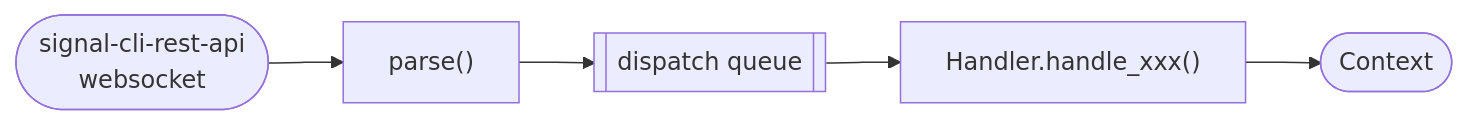
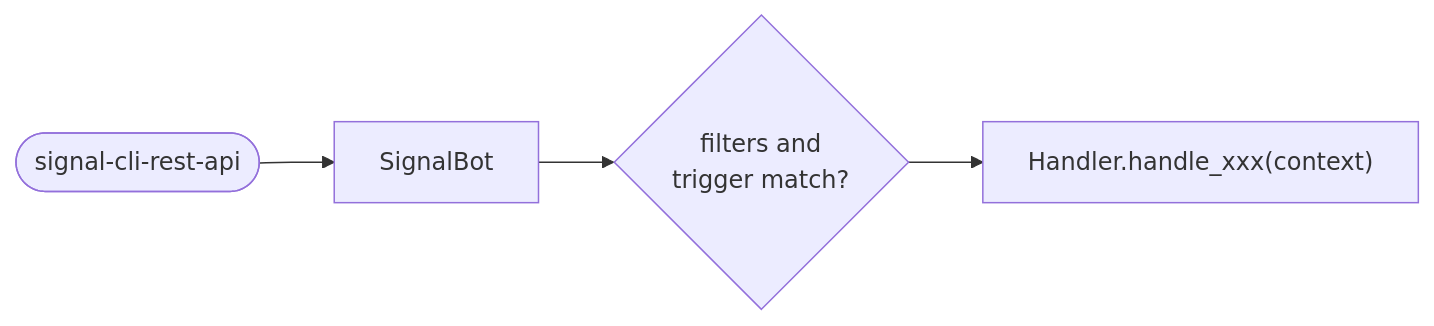
Before and after one commit to signalbot-org/signalbot: the first of 3 diagrams in docs/02_concepts.md, drawn with Mermaid. The commit also changed other lines of this file and 14 other files, not shown here.

````diff
--- a/docs/02_concepts.md
+++ b/docs/02_concepts.md
@@ -13,8 +15,7 @@
 ```mermaid
 %%{init: {"flowchart": {"useMaxWidth": false}}}%%
 flowchart LR
-    WS(["signal-cli-rest-api<br/>websocket"]) --> Parse["parse()"]
-    Parse --> Queue[["dispatch queue"]]
-    Queue --> Handler["Handler.handle_xxx()"]
-    Handler --> Context(["Context"])
+    API(["signal-cli-rest-api"]) --> Bot["SignalBot"]
+    Bot --> Match{"filters and<br/>trigger match?"}
+    Match --> Handler["Handler.handle_xxx(context)"]
 ```
````
